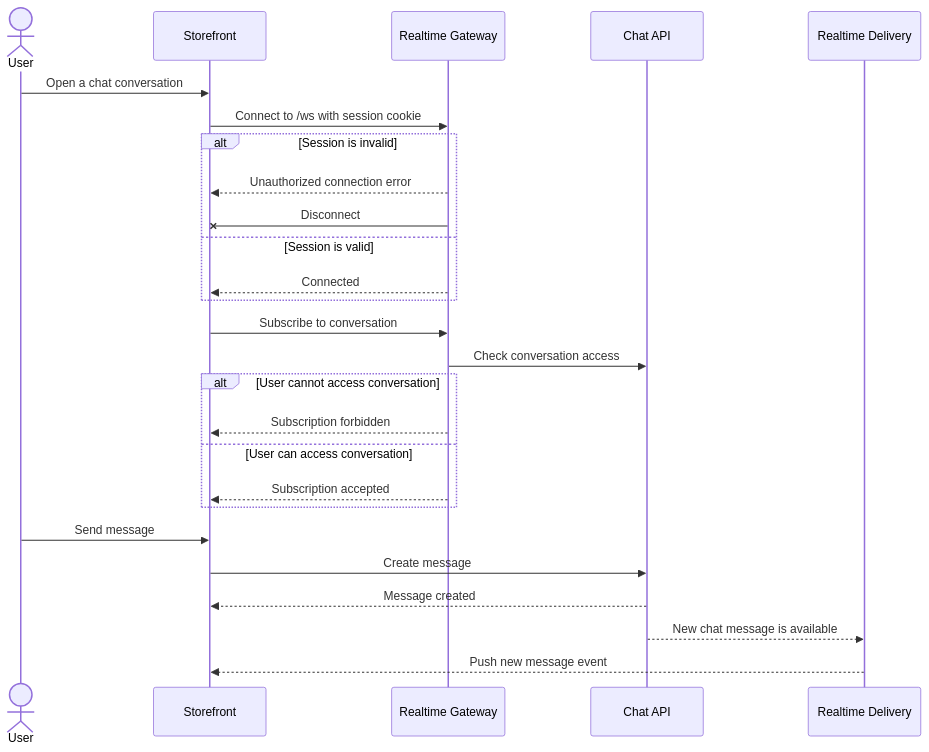
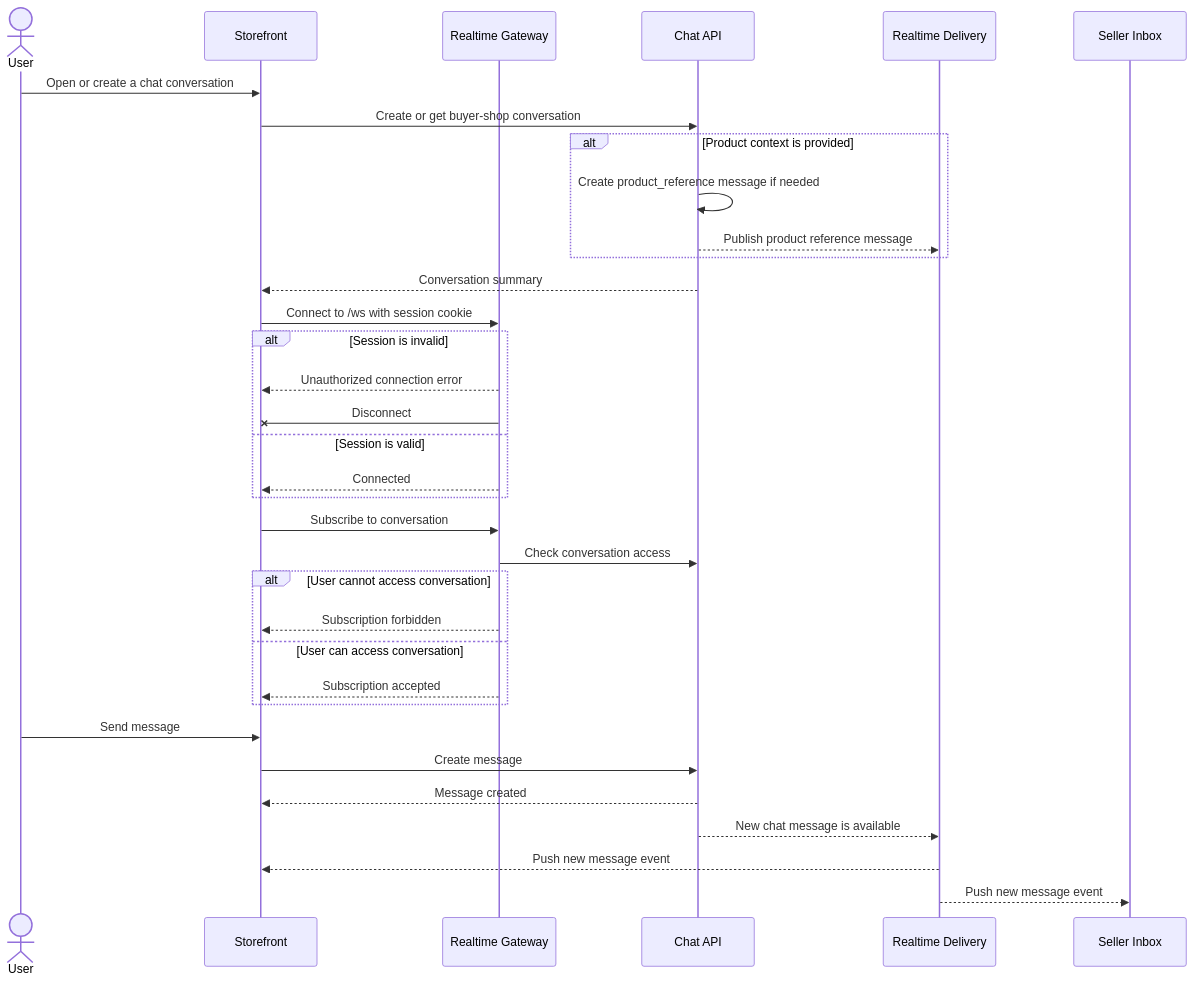
Before and after one commit to dauphaihau-arc/arc: the first of 9 diagrams in docs/features/realtime-chat/flow.md, drawn with Mermaid. The commit also changed other lines of this file and 2 other files, not shown here.

Commit message:
docs(realtime-chat): document product references and cursor history

````diff
--- a/docs/features/realtime-chat/flow.md
+++ b/docs/features/realtime-chat/flow.md
@@ -9,31 +9,39 @@
 ```mermaid
 sequenceDiagram
     actor User
     participant Storefront
     participant Realtime as Realtime Gateway
     participant Chat as Chat API
     participant Delivery as Realtime Delivery
+    participant Seller as Seller Inbox
 
-    User->>Storefront: Open a chat conversation
+    User->>Storefront: Open or create a chat conversation
+    Storefront->>Chat: Create or get buyer-shop conversation
+    alt Product context is provided
+        Chat->>Chat: Create product_reference message if needed
+        Chat-->>Delivery: Publish product reference message
+    end
+    Chat-->>Storefront: Conversation summary
     Storefront->>Realtime: Connect to /ws with session cookie
     alt Session is invalid
         Realtime-->>Storefront: Unauthorized connection error
         Realtime-xStorefront: Disconnect
     else Session is valid
         Realtime-->>Storefront: Connected
     end
 
     Storefront->>Realtime: Subscribe to conversation
     Realtime->>Chat: Check conversation access
     alt User cannot access conversation
         Realtime-->>Storefront: Subscription forbidden
     else User can access conversation
         Realtime-->>Storefront: Subscription accepted
     end
 
     User->>Storefront: Send message
     Storefront->>Chat: Create message
     Chat-->>Storefront: Message created
     Chat-->>Delivery: New chat message is available
     Delivery-->>Storefront: Push new message event
+    Delivery-->>Seller: Push new message event
 ```
````
